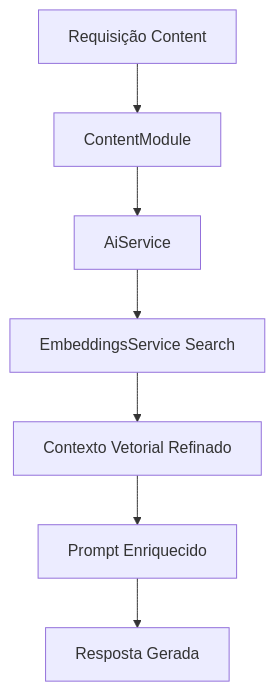
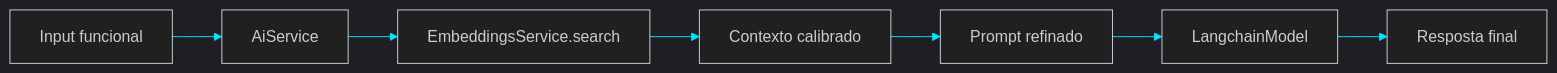
Before and after one commit to matheusdiamantino-betalent/questions-ai: the diagram in PR 36 — Fase 2: Content Knowledge Retrieval Refinement.md, drawn with Mermaid. The commit also changed other lines of this file, not shown here.

Commit message:
Update PR 36 — Fase 2: Content Knowledge Retrieval Refinement.md

````diff
--- a/PR 36 — Fase 2: Content Knowledge Retrieval Refinement.md
+++ b/PR 36 — Fase 2: Content Knowledge Retrieval Refinement.md
@@ -84,9 +104,10 @@
 ```mermaid
-flowchart TD
-    A[Requisição Content] --> B[ContentModule]
-    B --> C[AiService]
-    C --> D[EmbeddingsService Search]
-    D --> E[Contexto Vetorial Refinado]
-    E --> F[Prompt Enriquecido]
-    F --> G[Resposta Gerada]
+%%{init: {'theme':'dark','themeVariables':{'primaryColor':'#0f172a','primaryTextColor':'#e5e7eb','primaryBorderColor':'#39ff14','lineColor':'#00e5ff','secondaryColor':'#111827','tertiaryColor':'#111827'}}}%%
+flowchart LR
+    A[Input funcional] --> B[AiService]
+    B --> C[EmbeddingsService.search]
+    C --> D[Contexto calibrado]
+    D --> E[Prompt refinado]
+    E --> F[LangchainModel]
+    F --> G[Resposta final]
 ```
````
